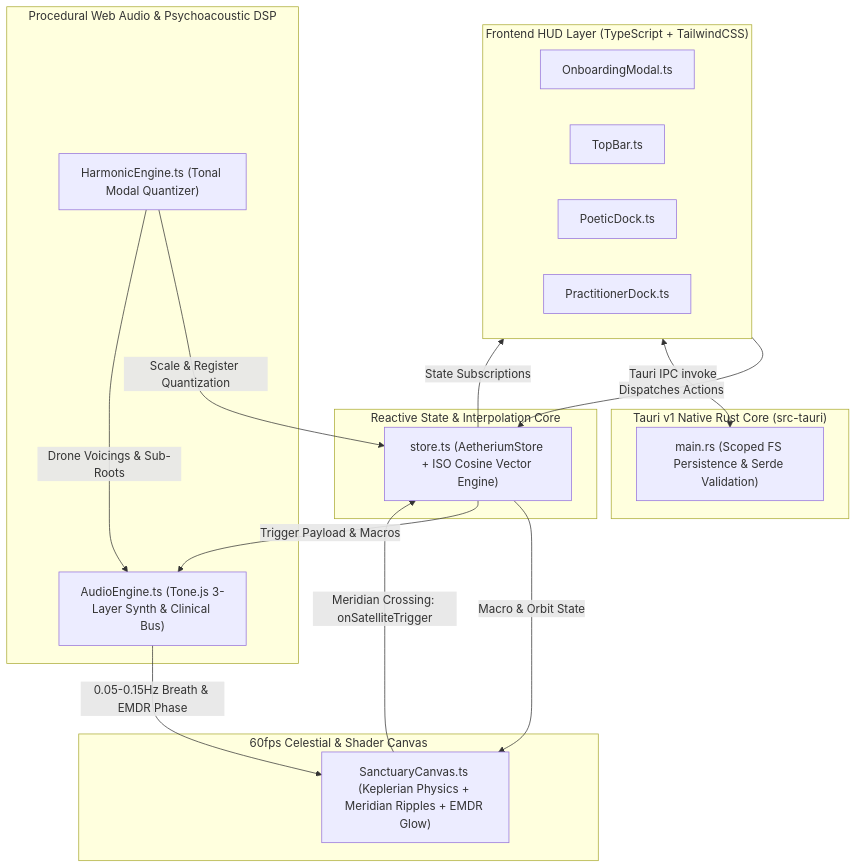
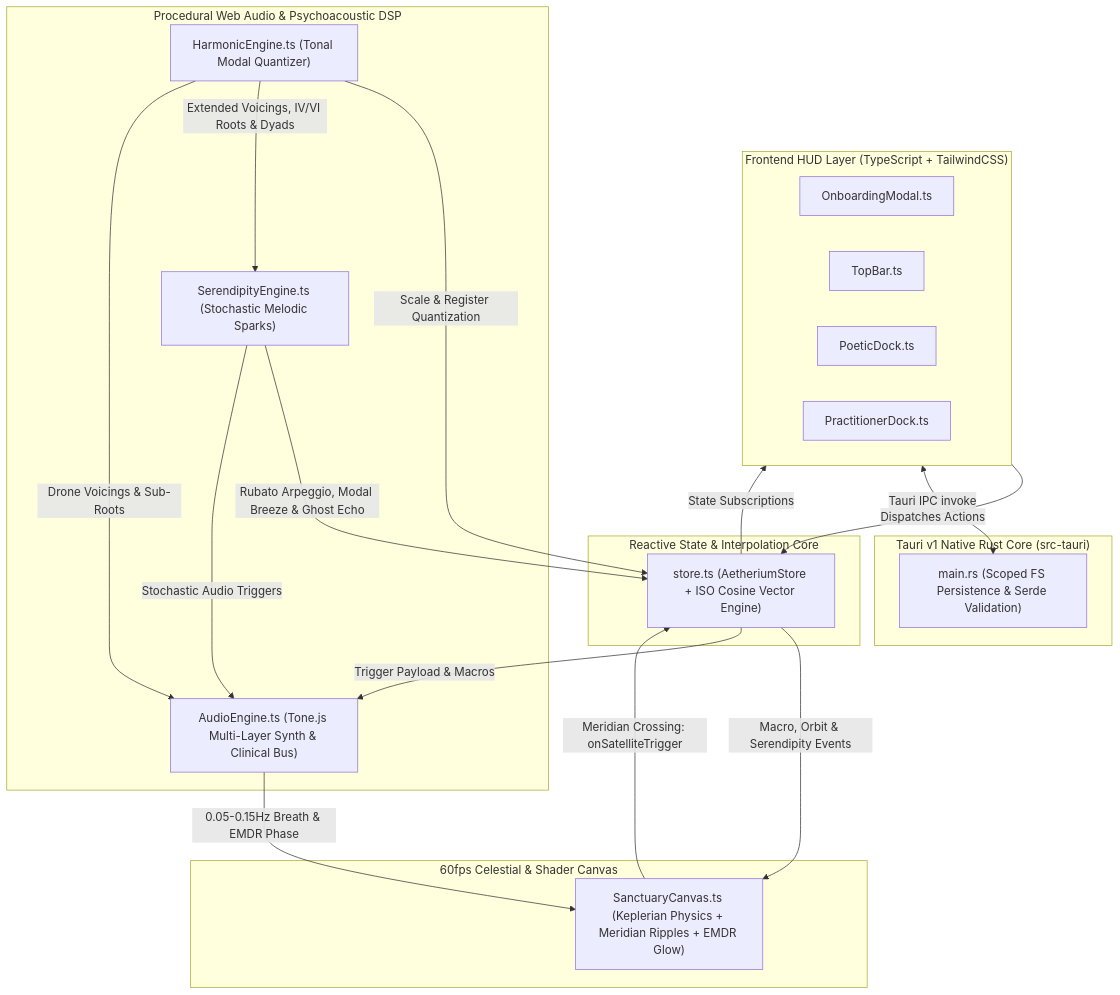
The first of 2 diagrams in README.md (voidwave-lab/Aetherium), drawn with Mermaid before and after one commit. The commit also changed other lines of this file and 8 other files, not shown here.

Commit message:
feat(serendipity): add stochastic melodic sparks, ephemeral canvas phenomena, clinical guards & docs

````diff
--- a/README.md
+++ b/README.md
@@ -121,36 +124,40 @@
 ```mermaid
 flowchart TD
     subgraph UI["Frontend HUD Layer (TypeScript + TailwindCSS)"]
         OM["OnboardingModal.ts"]
         TB["TopBar.ts"]
         PD["PoeticDock.ts"]
         PRD["PractitionerDock.ts"]
     end
 
     subgraph STATE["Reactive State & Interpolation Core"]
         ST["store.ts (AetheriumStore + ISO Cosine Vector Engine)"]
     end
 
     subgraph VISUAL["60fps Celestial & Shader Canvas"]
         SC["SanctuaryCanvas.ts (Keplerian Physics + Meridian Ripples + EMDR Glow)"]
     end
 
     subgraph AUDIO["Procedural Web Audio & Psychoacoustic DSP"]
         HE["HarmonicEngine.ts (Tonal Modal Quantizer)"]
-        AE["AudioEngine.ts (Tone.js 3-Layer Synth & Clinical Bus)"]
+        SE["SerendipityEngine.ts (Stochastic Melodic Sparks)"]
+        AE["AudioEngine.ts (Tone.js Multi-Layer Synth & Clinical Bus)"]
     end
 
     subgraph NATIVE["Tauri v1 Native Rust Core (src-tauri)"]
         RS["main.rs (Scoped FS Persistence & Serde Validation)"]
     end
 
     UI -->|Dispatches Actions| ST
     ST -->|State Subscriptions| UI
-    ST -->|Macro & Orbit State| SC
+    ST -->|Macro, Orbit & Serendipity Events| SC
     SC -->|Meridian Crossing: onSatelliteTrigger| ST
+    SE -->|Rubato Arpeggio, Modal Breeze & Ghost Echo| ST
+    SE -->|Stochastic Audio Triggers| AE
     ST -->|Trigger Payload & Macros| AE
     HE -->|Scale & Register Quantization| ST
+    HE -->|Extended Voicings, IV/VI Roots & Dyads| SE
     HE -->|Drone Voicings & Sub-Roots| AE
     AE -->|0.05-0.15Hz Breath & EMDR Phase| SC
     UI <-->|Tauri IPC invoke| RS
 ```
````
